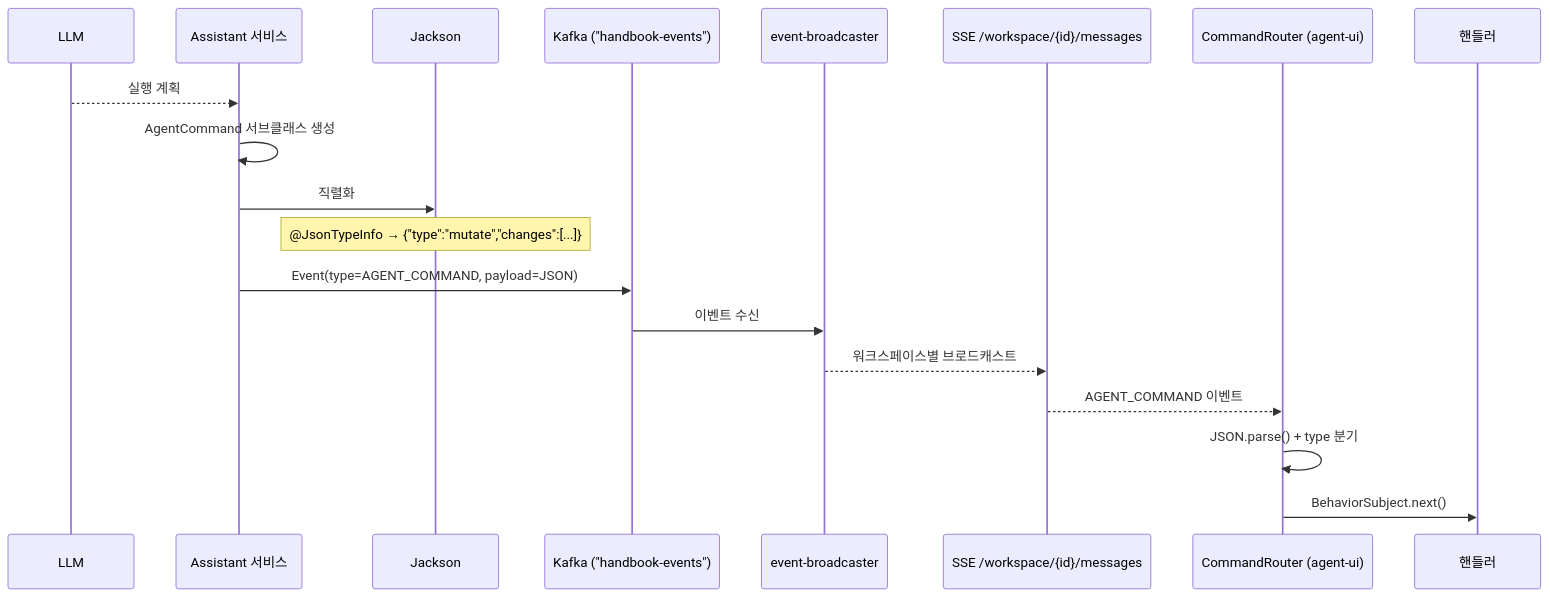
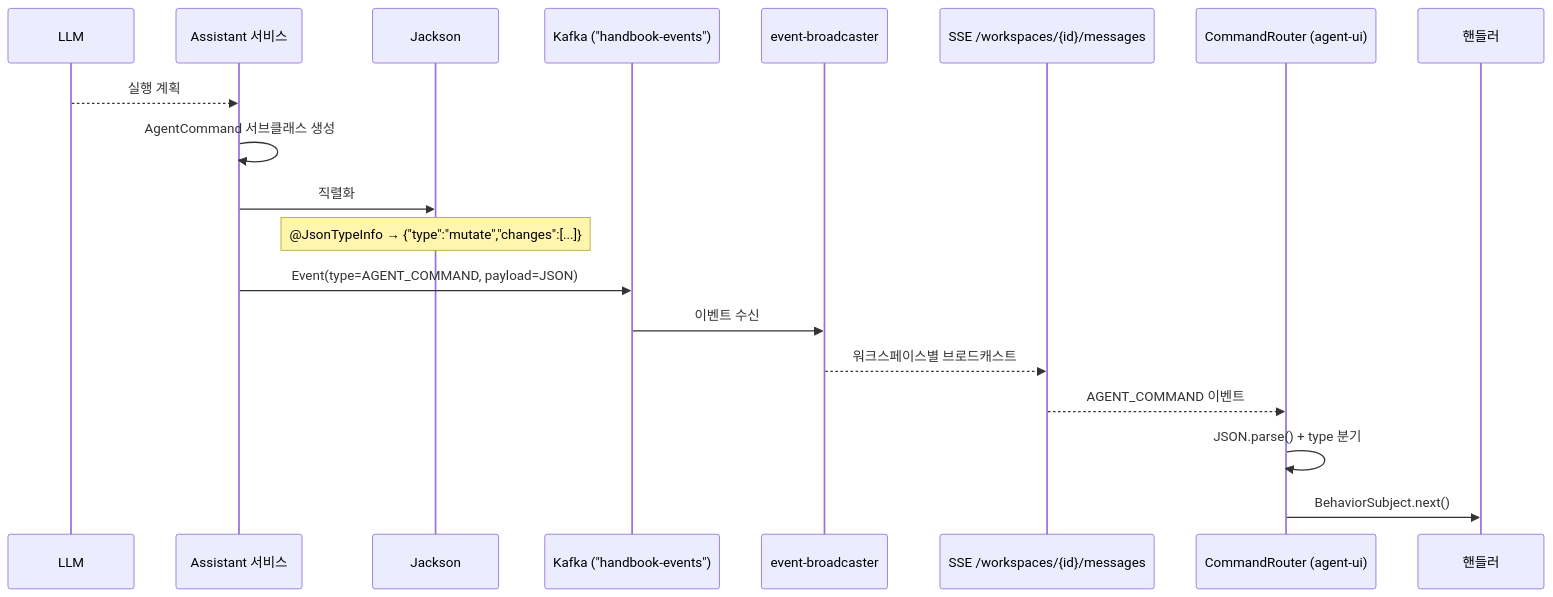
The first of 2 diagrams in agent-protocol/USECASE.md (sayaya1090/handbook), drawn with Mermaid before and after one commit. The commit also changed other lines of this file and 58 other files, not shown here.

````diff
--- a/agent-protocol/USECASE.md
+++ b/agent-protocol/USECASE.md
@@ -5,22 +5,22 @@
 ```mermaid
 sequenceDiagram
     participant LLM as LLM
     participant Asst as Assistant 서비스
     participant Jackson as Jackson
     participant K as Kafka ("handbook-events")
     participant EB as event-broadcaster
-    participant SSE as SSE /workspace/{id}/messages
+    participant SSE as SSE /workspaces/{id}/messages
     participant Router as CommandRouter (agent-ui)
     participant Handler as 핸들러
 
     LLM-->>Asst: 실행 계획
     Asst->>Asst: AgentCommand 서브클래스 생성
     Asst->>Jackson: 직렬화
     Note over Jackson: @JsonTypeInfo → {"type":"mutate","changes":[...]}
     Asst->>K: Event(type=AGENT_COMMAND, payload=JSON)
     K->>EB: 이벤트 수신
     EB-->>SSE: 워크스페이스별 브로드캐스트
     SSE-->>Router: AGENT_COMMAND 이벤트
     Router->>Router: JSON.parse() + type 분기
     Router->>Handler: BehaviorSubject.next()
 ```
````
